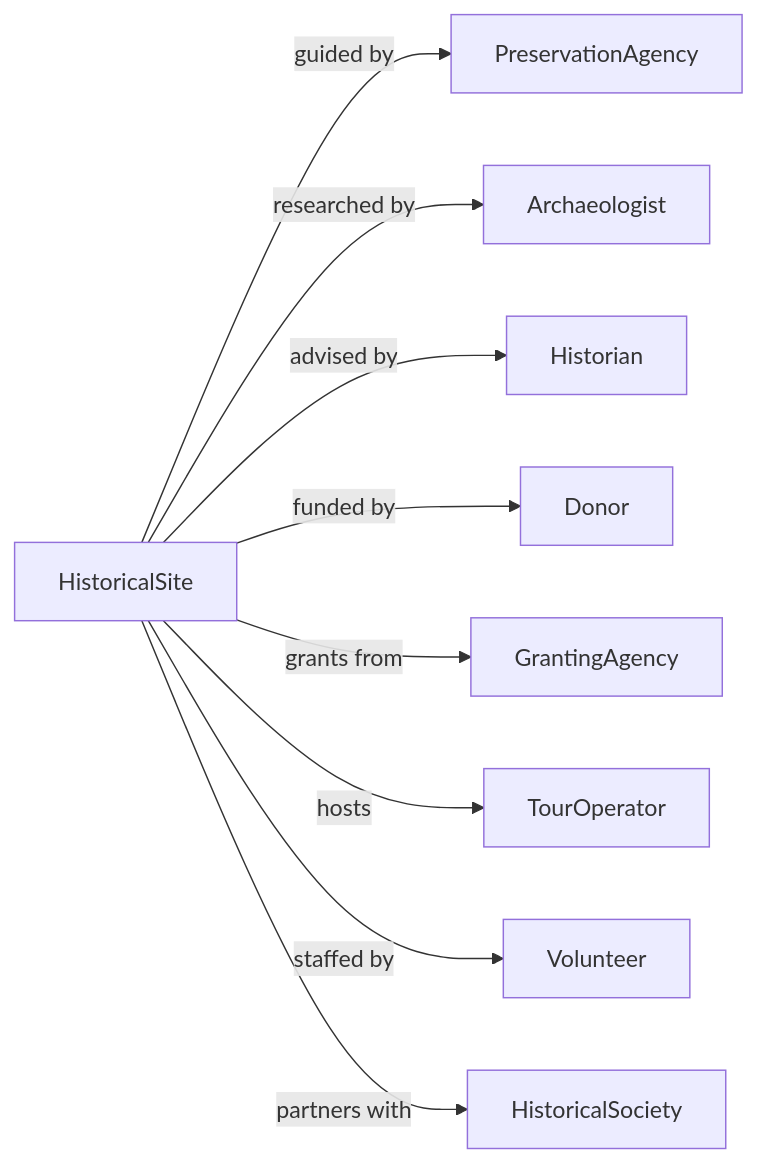
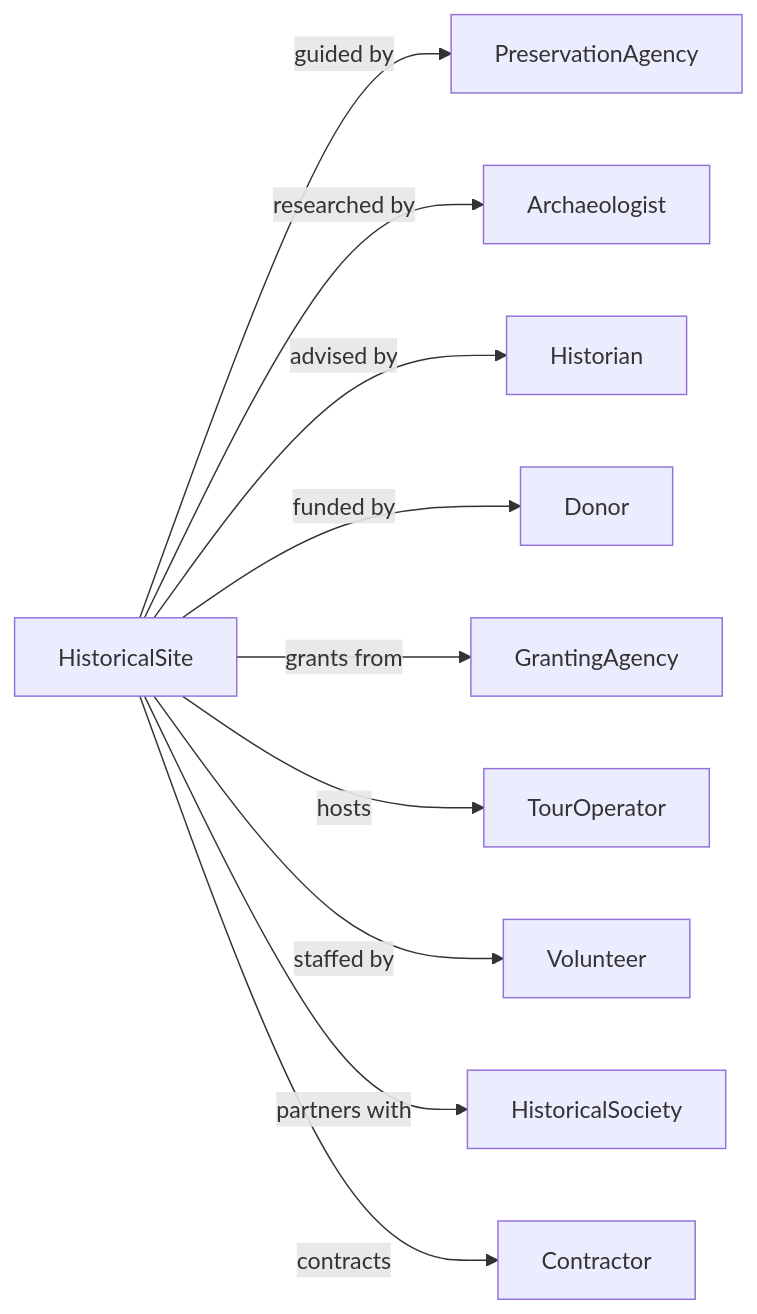
The second of 2 diagrams in Arts/MuseumsHistoricalSitesAndSimilarInstitutions/MuseumsHistoricalSitesAndSimilarInstitutions/HistoricalSites.mdx (dot-org-ai/industries.org.ai), drawn with Mermaid before and after one commit. The commit also changed 588 other files, not shown here.

````diff
--- a/Arts/MuseumsHistoricalSitesAndSimilarInstitutions/MuseumsHistoricalSitesAndSimilarInstitutions/HistoricalSites.mdx
+++ b/Arts/MuseumsHistoricalSitesAndSimilarInstitutions/MuseumsHistoricalSitesAndSimilarInstitutions/HistoricalSites.mdx
@@ -128,13 +128,14 @@
 ```mermaid
 graph LR
     S[HistoricalSite]
 
     S -->|guided by| PreservationAgency
     S -->|researched by| Archaeologist
     S -->|advised by| Historian
     S -->|funded by| Donor
     S -->|grants from| GrantingAgency
     S -->|hosts| TourOperator
     S -->|staffed by| Volunteer
     S -->|partners with| HistoricalSociety
+    S -->|contracts| Contractor
 ```
````
